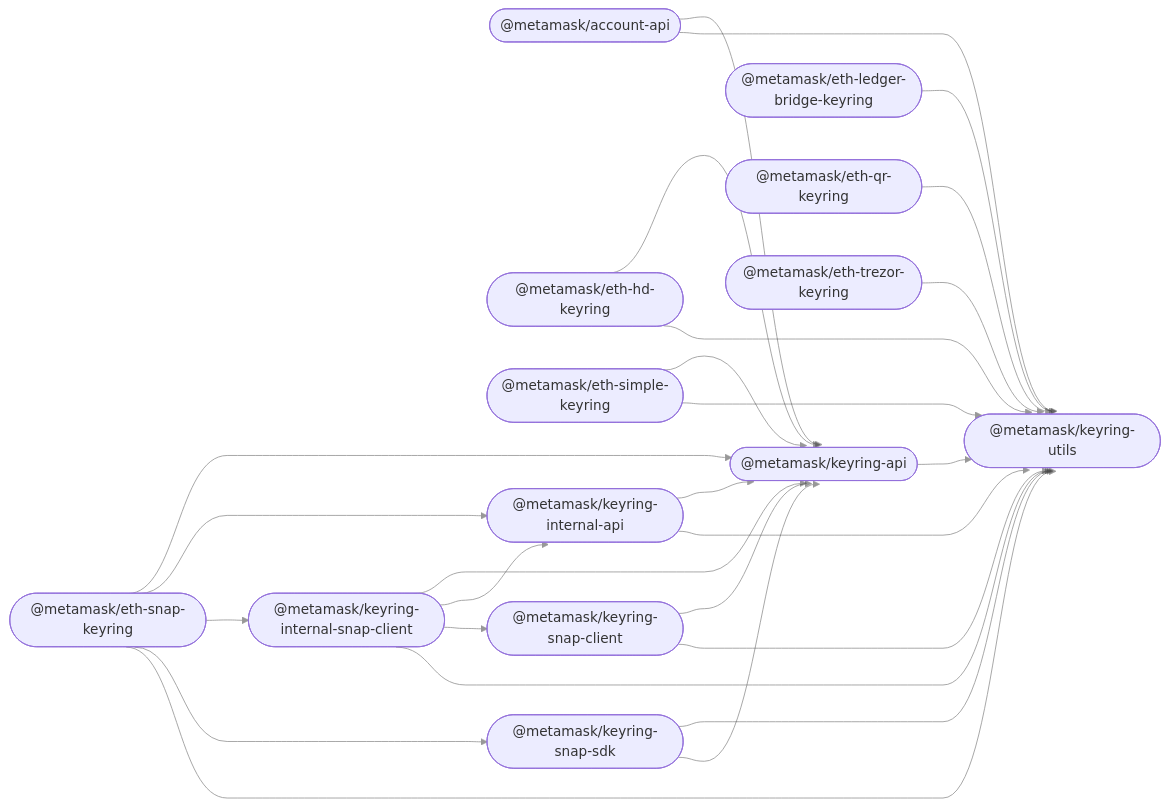
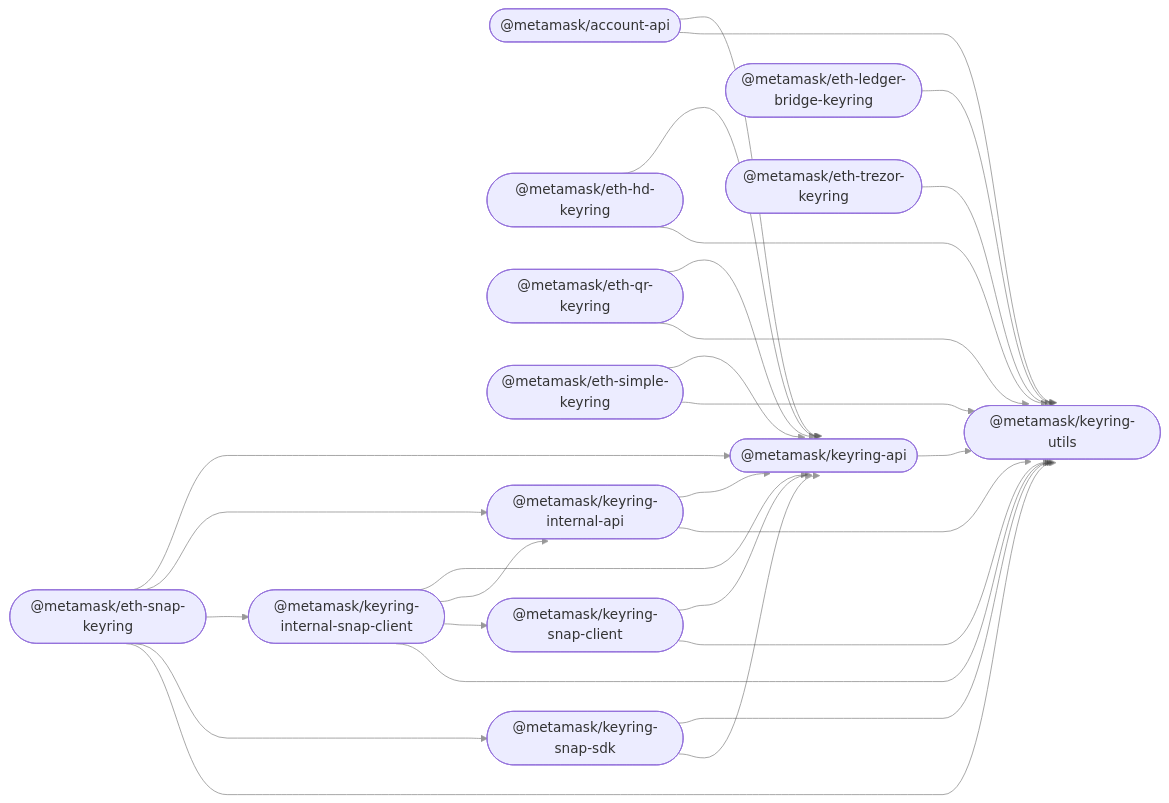
One commit to MetaMask/accounts changed the diagram in README.md. Above: the diagram before and after it, drawn with Mermaid.

````diff
--- a/README.md
+++ b/README.md
@@ -35,43 +35,44 @@
 ```mermaid
 %%{ init: { 'flowchart': { 'curve': 'bumpX' } } }%%
 graph LR;
 linkStyle default opacity:0.5
   account_api(["@metamask/account-api"]);
   keyring_api(["@metamask/keyring-api"]);
   eth_hd_keyring(["@metamask/eth-hd-keyring"]);
   eth_ledger_bridge_keyring(["@metamask/eth-ledger-bridge-keyring"]);
   eth_qr_keyring(["@metamask/eth-qr-keyring"]);
   eth_simple_keyring(["@metamask/eth-simple-keyring"]);
   eth_trezor_keyring(["@metamask/eth-trezor-keyring"]);
   keyring_internal_api(["@metamask/keyring-internal-api"]);
   keyring_internal_snap_client(["@metamask/keyring-internal-snap-client"]);
   eth_snap_keyring(["@metamask/eth-snap-keyring"]);
   keyring_snap_client(["@metamask/keyring-snap-client"]);
   keyring_snap_sdk(["@metamask/keyring-snap-sdk"]);
   keyring_utils(["@metamask/keyring-utils"]);
   account_api --> keyring_api;
   account_api --> keyring_utils;
   keyring_api --> keyring_utils;
   eth_hd_keyring --> keyring_api;
   eth_hd_keyring --> keyring_utils;
   eth_ledger_bridge_keyring --> keyring_utils;
+  eth_qr_keyring --> keyring_api;
   eth_qr_keyring --> keyring_utils;
   eth_simple_keyring --> keyring_api;
   eth_simple_keyring --> keyring_utils;
   eth_trezor_keyring --> keyring_utils;
   keyring_internal_api --> keyring_api;
   keyring_internal_api --> keyring_utils;
   keyring_internal_snap_client --> keyring_api;
   keyring_internal_snap_client --> keyring_internal_api;
   keyring_internal_snap_client --> keyring_snap_client;
   keyring_internal_snap_client --> keyring_utils;
   eth_snap_keyring --> keyring_api;
   eth_snap_keyring --> keyring_internal_api;
   eth_snap_keyring --> keyring_internal_snap_client;
   eth_snap_keyring --> keyring_snap_sdk;
   eth_snap_keyring --> keyring_utils;
   keyring_snap_client --> keyring_api;
   keyring_snap_client --> keyring_utils;
   keyring_snap_sdk --> keyring_utils;
   keyring_snap_sdk --> keyring_api;
 ```
````
